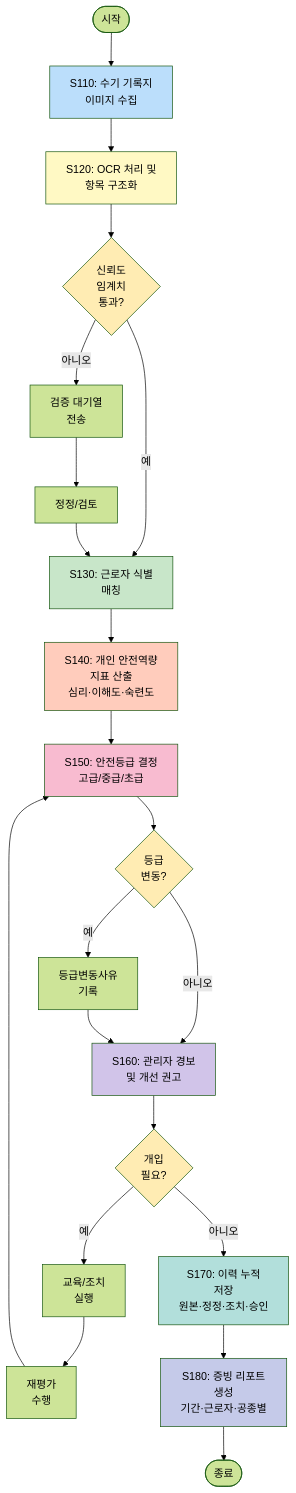
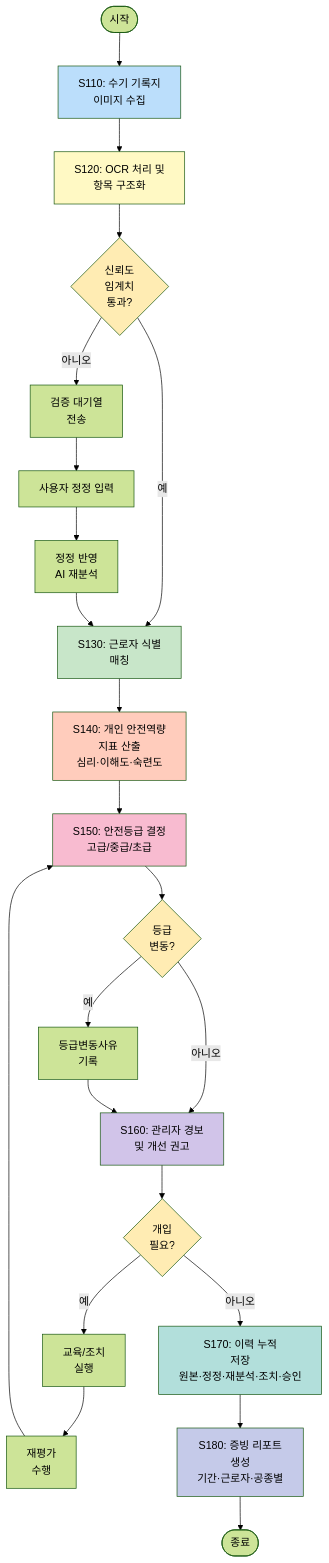
The diagram in patent/12_도면2_방법흐름도_시각화가이드.md (TELLOWSS/NEW-PSI), drawn with Mermaid (forest theme) before and after one commit. The commit also changed other lines of this file and 5 other files, not shown here.

````diff
--- a/patent/12_도면2_방법흐름도_시각화가이드.md
+++ b/patent/12_도면2_방법흐름도_시각화가이드.md
@@ -5,46 +5,47 @@
 ```mermaid
 flowchart TD
     START([시작]) --> S110
     
     S110[S110: 수기 기록지<br/>이미지 수집] --> S120
     
     S120[S120: OCR 처리 및<br/>항목 구조화] --> S125{신뢰도<br/>임계치<br/>통과?}
     
-    S125 -->|예| S130
-    S125 -->|아니오| S126[검증 대기열<br/>전송]
-    S126 --> S127[정정/검토]
-    S127 --> S130
+        S125 -->|예| S130
+        S125 -->|아니오| S126[검증 대기열<br/>전송]
+        S126 --> S127[사용자 정정 입력]
+        S127 --> S128[정정 반영<br/>AI 재분석]
+        S128 --> S130
     
     S130[S130: 근로자 식별<br/>매칭] --> S140
     
     S140[S140: 개인 안전역량<br/>지표 산출<br/>심리·이해도·숙련도] --> S150
     
     S150[S150: 안전등급 결정<br/>고급/중급/초급] --> S155{등급<br/>변동?}
     
     S155 -->|예| S156[등급변동사유<br/>기록]
     S155 -->|아니오| S160
     S156 --> S160
     
     S160[S160: 관리자 경보<br/>및 개선 권고] --> S165{개입<br/>필요?}
     
     S165 -->|예| S166[교육/조치<br/>실행]
     S165 -->|아니오| S170
     S166 --> S167[재평가<br/>수행]
     S167 --> S150
     
-    S170[S170: 이력 누적<br/>저장<br/>원본·정정·조치·승인] --> S180
+        S170[S170: 이력 누적<br/>저장<br/>원본·정정·재분석·조치·승인] --> S180
     
     S180[S180: 증빙 리포트<br/>생성<br/>기간·근로자·공종별] --> END([종료])
     
     style S110 fill:#bbdefb
     style S120 fill:#fff9c4
     style S130 fill:#c8e6c9
     style S140 fill:#ffccbc
     style S150 fill:#f8bbd0
     style S160 fill:#d1c4e9
     style S170 fill:#b2dfdb
     style S180 fill:#c5cae9
     style S125 fill:#ffecb3
     style S155 fill:#ffecb3
     style S165 fill:#ffecb3
 ```
````
